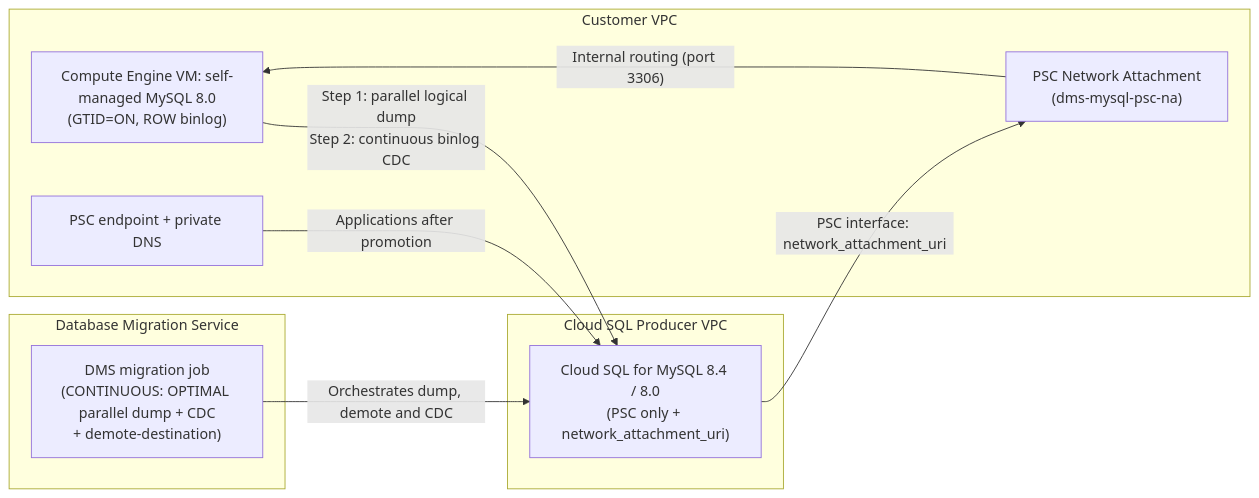
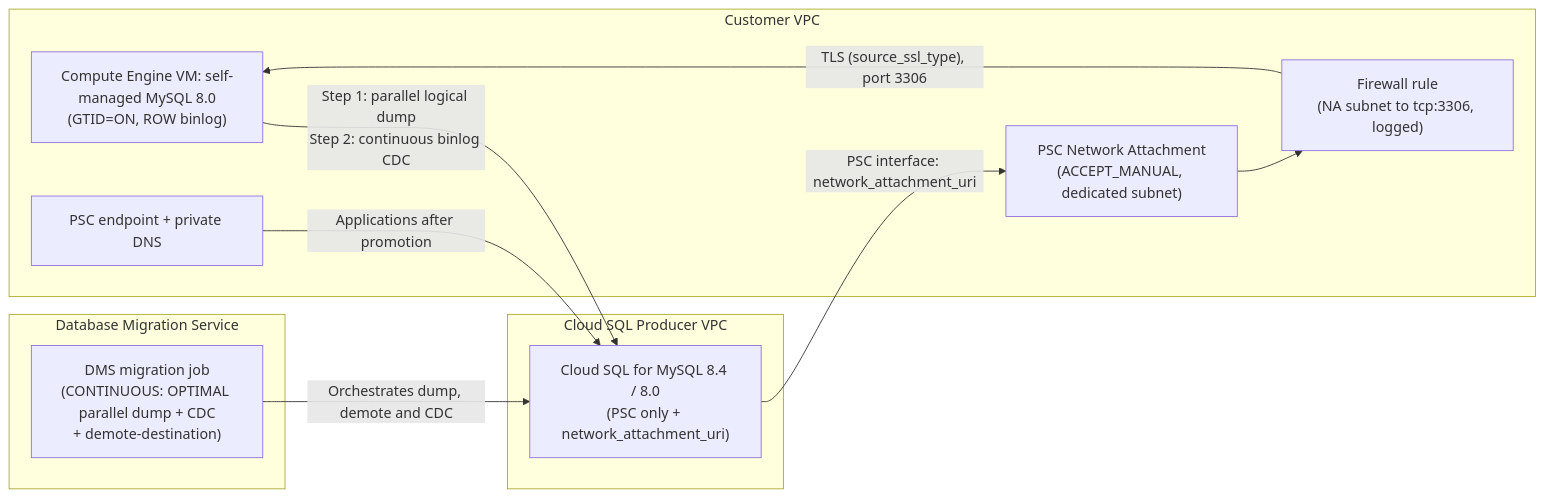
Before and after one commit to kkmbryan/cloud-dms-templates: the diagram in templates/01-live-migration-gce-cdc/README.md, drawn with Mermaid. The commit also changed other lines of this file and 45 other files, not shown here.

````diff
--- a/templates/01-live-migration-gce-cdc/README.md
+++ b/templates/01-live-migration-gce-cdc/README.md
@@ -21,22 +22,24 @@
 ```mermaid
 flowchart LR
     subgraph GCE_VPC["Customer VPC"]
         GCE["Compute Engine VM: self-managed MySQL 8.0<br/>(GTID=ON, ROW binlog)"]
-        NA["PSC Network Attachment<br/>(dms-mysql-psc-na)"]
+        NA["PSC Network Attachment<br/>(ACCEPT_MANUAL, dedicated subnet)"]
+        FW["Firewall rule<br/>(NA subnet to tcp:3306, logged)"]
         EP["PSC endpoint + private DNS"]
     end
 
     subgraph DMS_Control["Database Migration Service"]
         JOB["DMS migration job<br/>(CONTINUOUS: OPTIMAL parallel dump + CDC<br/>+ demote-destination)"]
     end
 
     subgraph CloudSQL_Producer["Cloud SQL Producer VPC"]
         CSQL["Cloud SQL for MySQL 8.4 / 8.0<br/>(PSC only + network_attachment_uri)"]
     end
 
     CSQL -->|"PSC interface: network_attachment_uri"| NA
-    NA -->|"Internal routing (port 3306)"| GCE
+    NA --> FW
+    FW -->|"TLS (source_ssl_type), port 3306"| GCE
     GCE -->|"Step 1: parallel logical dump<br/>Step 2: continuous binlog CDC"| CSQL
     JOB -->|"Orchestrates dump, demote and CDC"| CSQL
     EP -->|"Applications after promotion"| CSQL
 ```
````
